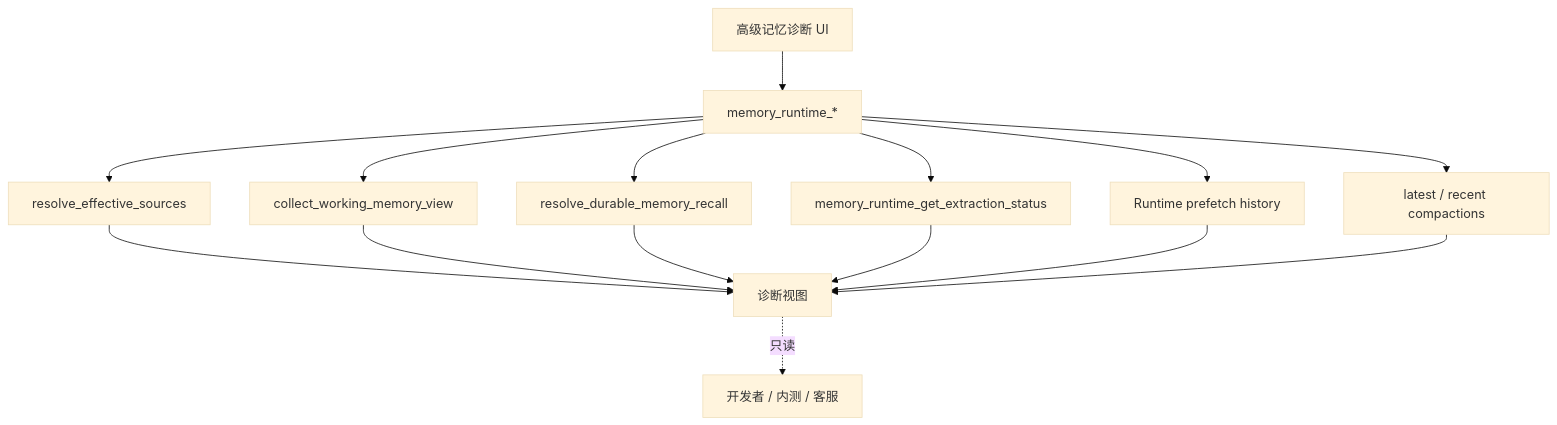
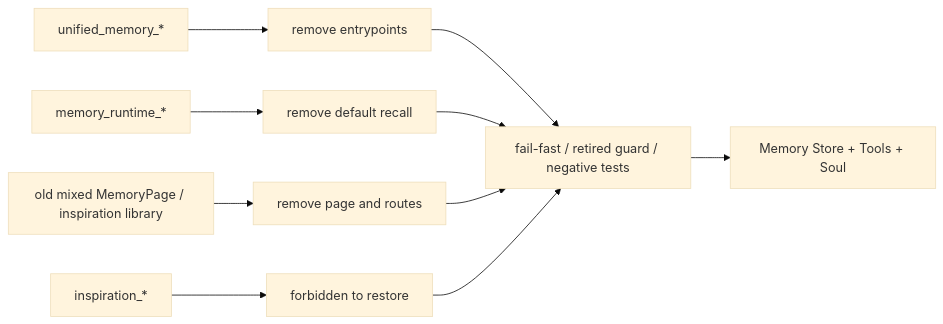
The sixth of 7 diagrams in internal/roadmap/memory/diagrams.md (jiujuan/lime), drawn with Mermaid (base theme) before and after one commit. The commit also changed other lines of this file and 515 other files, not shown here.

````diff
--- a/internal/roadmap/memory/diagrams.md
+++ b/internal/roadmap/memory/diagrams.md
@@ -293,19 +177,12 @@
 ```mermaid
-flowchart TB
-  Diagnostics[高级记忆诊断 UI] --> RuntimeApi[memory_runtime_*]
-  RuntimeApi --> Sources[resolve_effective_sources]
-  RuntimeApi --> Working[collect_working_memory_view]
-  RuntimeApi --> Durable[resolve_durable_memory_recall]
-  RuntimeApi --> Extraction[memory_runtime_get_extraction_status]
-  RuntimeApi --> PrefetchHistory[Runtime prefetch history]
-  RuntimeApi --> Compaction[latest / recent compactions]
-
-  Sources --> View[诊断视图]
-  Working --> View
-  Durable --> View
-  Extraction --> View
-  PrefetchHistory --> View
-  Compaction --> View
-
-  View -.只读.-> User[开发者 / 内测 / 客服]
+flowchart LR
+  OldUnified[unified_memory_*] --> RemoveUnified[remove entrypoints]
+  OldRuntime[memory_runtime_*] --> RemoveRuntime[remove default recall]
+  OldPage[old mixed MemoryPage / inspiration library] --> RemovePage[remove page and routes]
+  OldInspiration[inspiration_*] --> RemoveInspiration[forbidden to restore]
+  RemoveUnified --> Guard[fail-fast / retired guard / negative tests]
+  RemoveRuntime --> Guard
+  RemovePage --> Guard
+  RemoveInspiration --> Guard
+  Guard --> Current[Memory Store + Tools + Soul]
 ```
````
